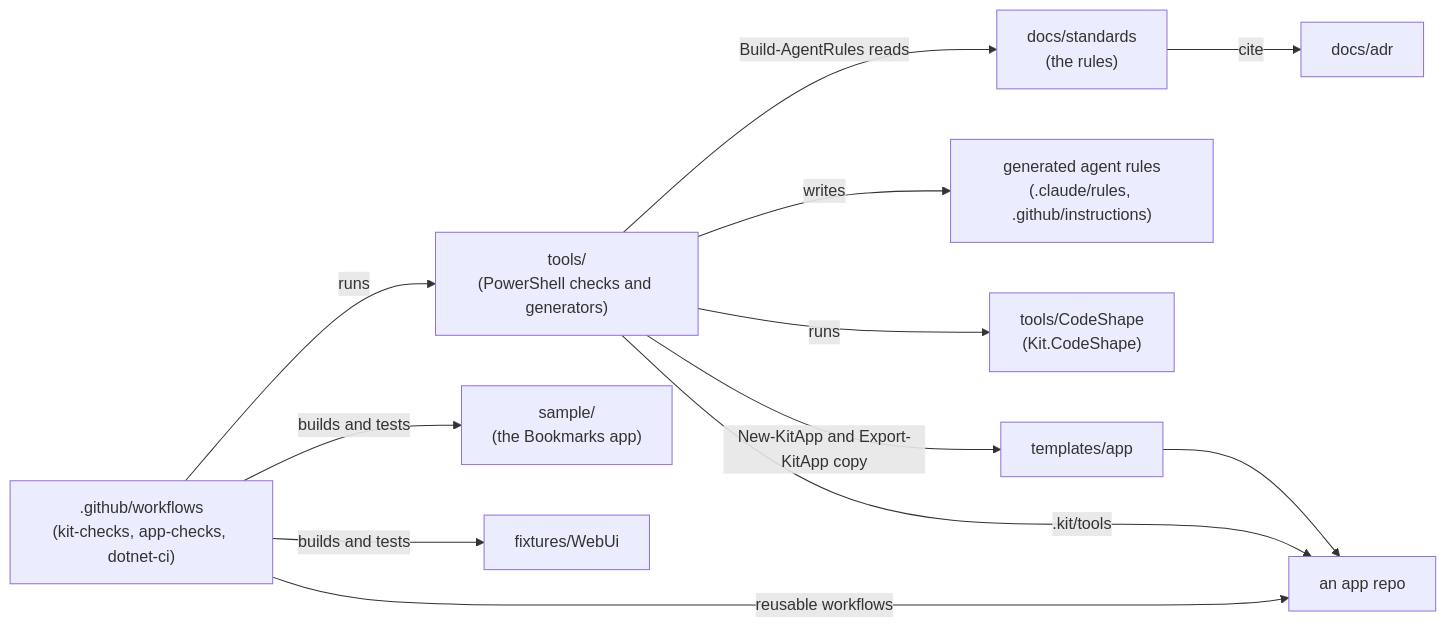
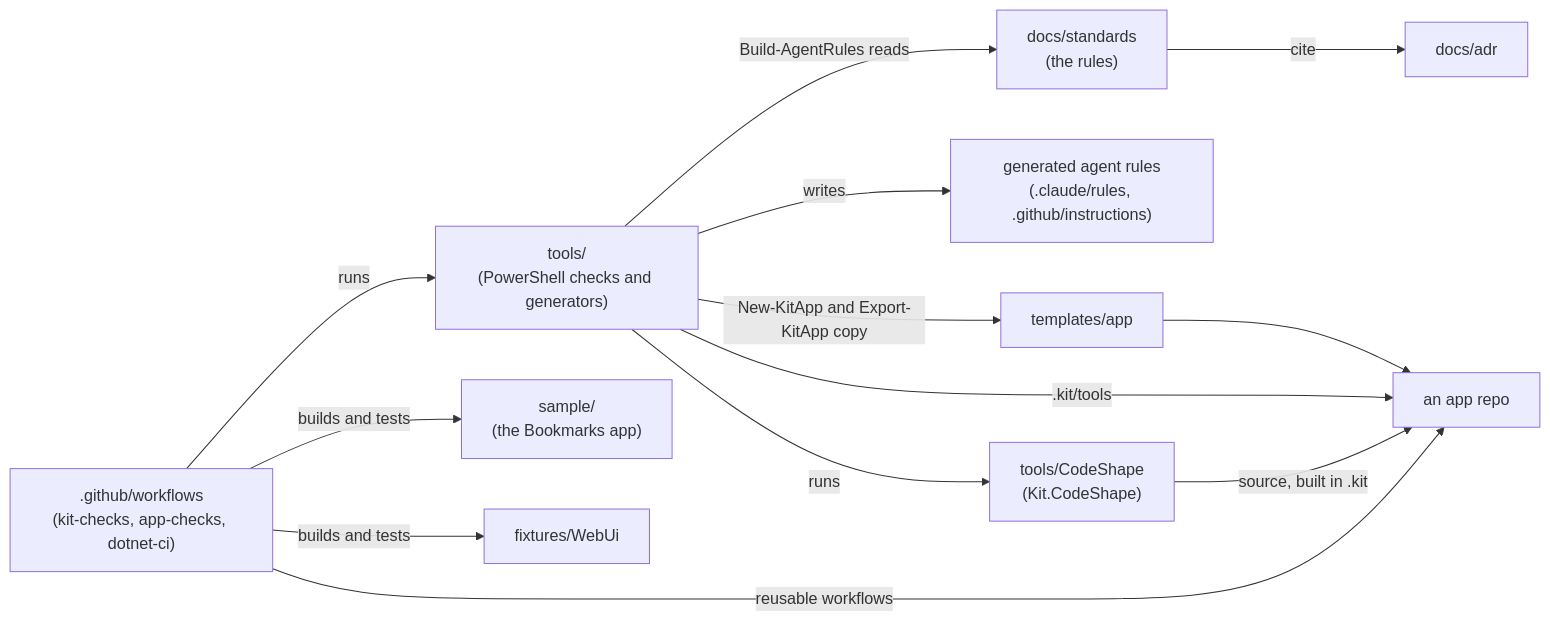
One commit to DerekFoulk/dotnet-agent-kit changed the first of 2 diagrams in docs/architecture/modules.md. Above: the diagram before and after it, drawn with Mermaid. The commit also changed 5 other files, not shown here.

````diff
--- a/docs/architecture/modules.md
+++ b/docs/architecture/modules.md
@@ -7,25 +7,26 @@
 ```mermaid
 flowchart LR
     standards["docs/standards<br/>(the rules)"]
     adr["docs/adr"]
     rules["generated agent rules<br/>(.claude/rules, .github/instructions)"]
     tools["tools/<br/>(PowerShell checks and generators)"]
     codeshape["tools/CodeShape<br/>(Kit.CodeShape)"]
     ci[".github/workflows<br/>(kit-checks, app-checks, dotnet-ci)"]
     templates["templates/app"]
     sample["sample/<br/>(the Bookmarks app)"]
     webui["fixtures/WebUi"]
     apps["an app repo"]
 
     standards -->|cite| adr
     tools -->|Build-AgentRules reads| standards
     tools -->|writes| rules
     tools -->|runs| codeshape
     ci -->|runs| tools
     ci -->|builds and tests| sample
     ci -->|builds and tests| webui
     tools -->|New-KitApp and Export-KitApp copy| templates
     templates --> apps
     tools -->|.kit/tools| apps
+    codeshape -->|source, built in .kit| apps
     ci -->|reusable workflows| apps
 ```
````
